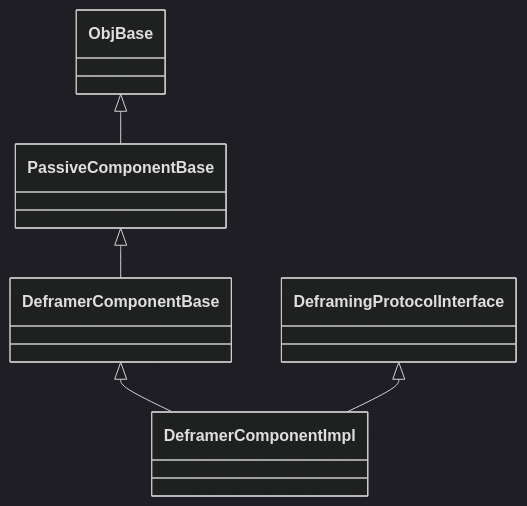
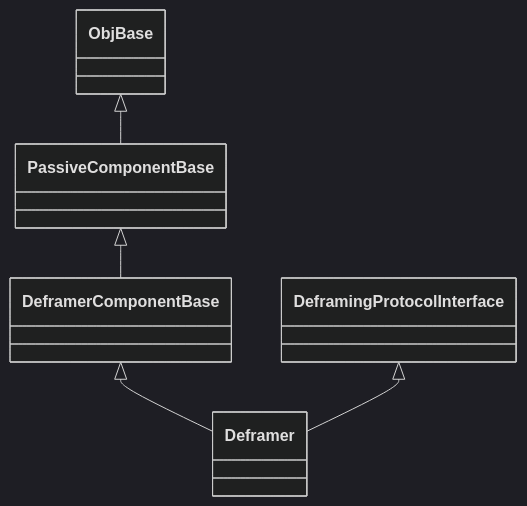
Before and after one commit to nasa/fprime: the first of 5 diagrams in Svc/Deframer/docs/sdd.md, drawn with Mermaid (dark theme).

Commit message:
Remove `ComponentImpl` suffix

````diff
--- a/Svc/Deframer/docs/sdd.md
+++ b/Svc/Deframer/docs/sdd.md
@@ -132,7 +132,7 @@
 ```mermaid
 classDiagram
     ObjBase <|-- PassiveComponentBase
     PassiveComponentBase <|-- DeframerComponentBase
-    DeframerComponentBase <|-- DeframerComponentImpl
-    DeframingProtocolInterface <|-- DeframerComponentImpl
+    DeframerComponentBase <|-- Deframer
+    DeframingProtocolInterface <|-- Deframer
 ```
````
